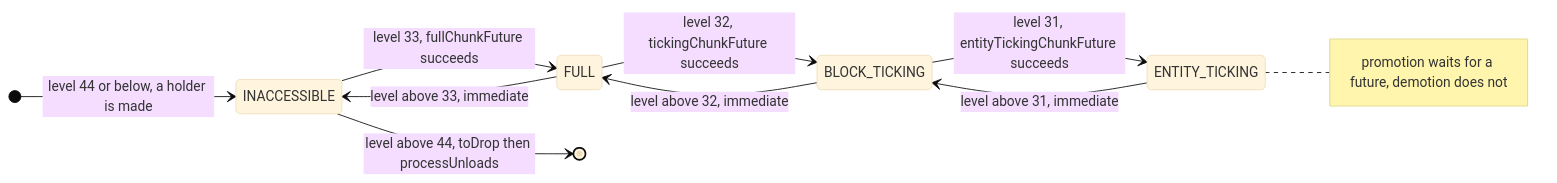
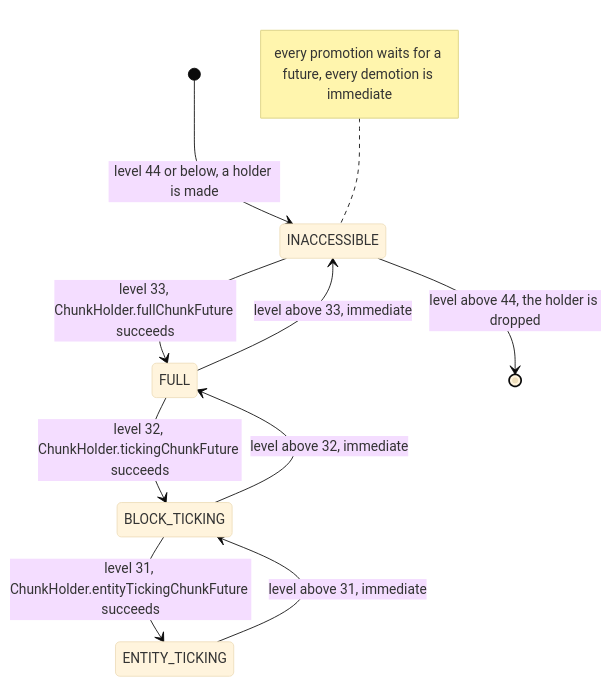
The second of 3 diagrams in src/systems/world/tickets-and-loading.md (AlexanderjFraser/MinecraftDocs), drawn with Mermaid (base theme) before and after one commit. The commit also changed other lines of this file and 22 other files, not shown here.

````diff
--- a/src/systems/world/tickets-and-loading.md
+++ b/src/systems/world/tickets-and-loading.md
@@ -156,13 +171,12 @@
 ```mermaid
 stateDiagram-v2
-    direction LR
     [*] --> INACCESSIBLE : level 44 or below, a holder is made
-    INACCESSIBLE --> FULL : level 33, fullChunkFuture succeeds
-    FULL --> BLOCK_TICKING : level 32, tickingChunkFuture succeeds
-    BLOCK_TICKING --> ENTITY_TICKING : level 31, entityTickingChunkFuture succeeds
+    INACCESSIBLE --> FULL : level 33, ChunkHolder.fullChunkFuture succeeds
+    FULL --> BLOCK_TICKING : level 32, ChunkHolder.tickingChunkFuture succeeds
+    BLOCK_TICKING --> ENTITY_TICKING : level 31, ChunkHolder.entityTickingChunkFuture succeeds
     ENTITY_TICKING --> BLOCK_TICKING : level above 31, immediate
     BLOCK_TICKING --> FULL : level above 32, immediate
     FULL --> INACCESSIBLE : level above 33, immediate
-    INACCESSIBLE --> [*] : level above 44, toDrop then processUnloads
-    note right of ENTITY_TICKING : promotion waits for a future, demotion does not
+    INACCESSIBLE --> [*] : level above 44, the holder is dropped
+    note left of INACCESSIBLE : every promotion waits for a future, every demotion is immediate
 ```
````
